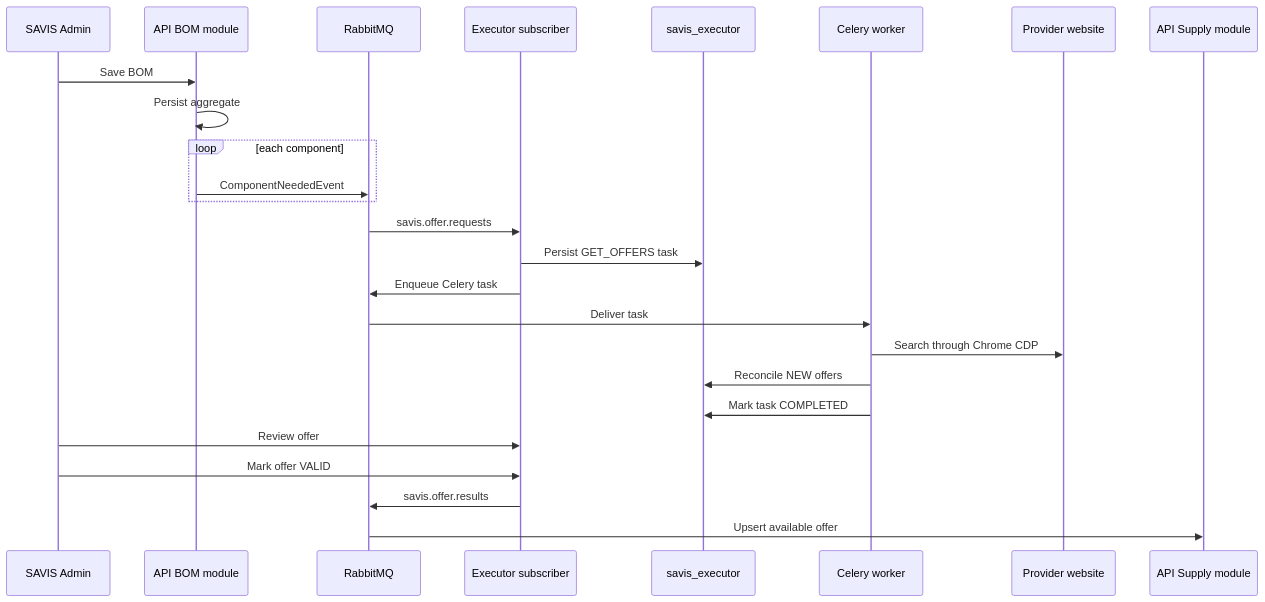
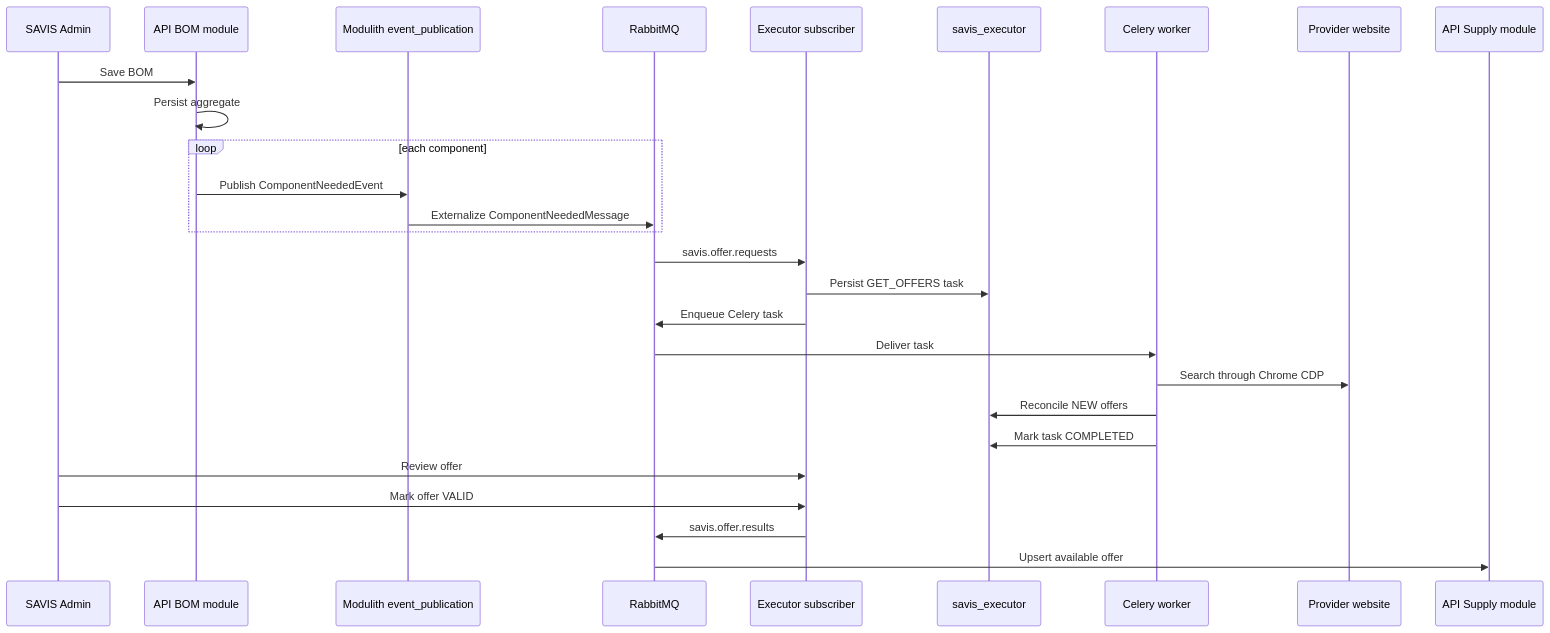
The ninth of 17 diagrams in docs/ARCHITECTURE.md (wiljeanlouis/savis), drawn with Mermaid before and after one commit. The commit also changed other lines of this file and 11 other files, not shown here.

````diff
--- a/docs/ARCHITECTURE.md
+++ b/docs/ARCHITECTURE.md
@@ -507,28 +543,30 @@
 ```mermaid
 sequenceDiagram
   participant Admin as SAVIS Admin
   participant Bom as API BOM module
+  participant Outbox as Modulith event_publication
   participant Rabbit as RabbitMQ
   participant Executor as Executor subscriber
   participant PgExec as savis_executor
   participant Worker as Celery worker
   participant Provider as Provider website
   participant Supply as API Supply module
 
   Admin->>Bom: Save BOM
   Bom->>Bom: Persist aggregate
   loop each component
-    Bom->>Rabbit: ComponentNeededEvent
+    Bom->>Outbox: Publish ComponentNeededEvent
+    Outbox->>Rabbit: Externalize ComponentNeededMessage
   end
   Rabbit->>Executor: savis.offer.requests
   Executor->>PgExec: Persist GET_OFFERS task
   Executor->>Rabbit: Enqueue Celery task
   Rabbit->>Worker: Deliver task
   Worker->>Provider: Search through Chrome CDP
   Worker->>PgExec: Reconcile NEW offers
   Worker->>PgExec: Mark task COMPLETED
   Admin->>Executor: Review offer
   Admin->>Executor: Mark offer VALID
   Executor->>Rabbit: savis.offer.results
   Rabbit->>Supply: Upsert available offer
 ```
````
